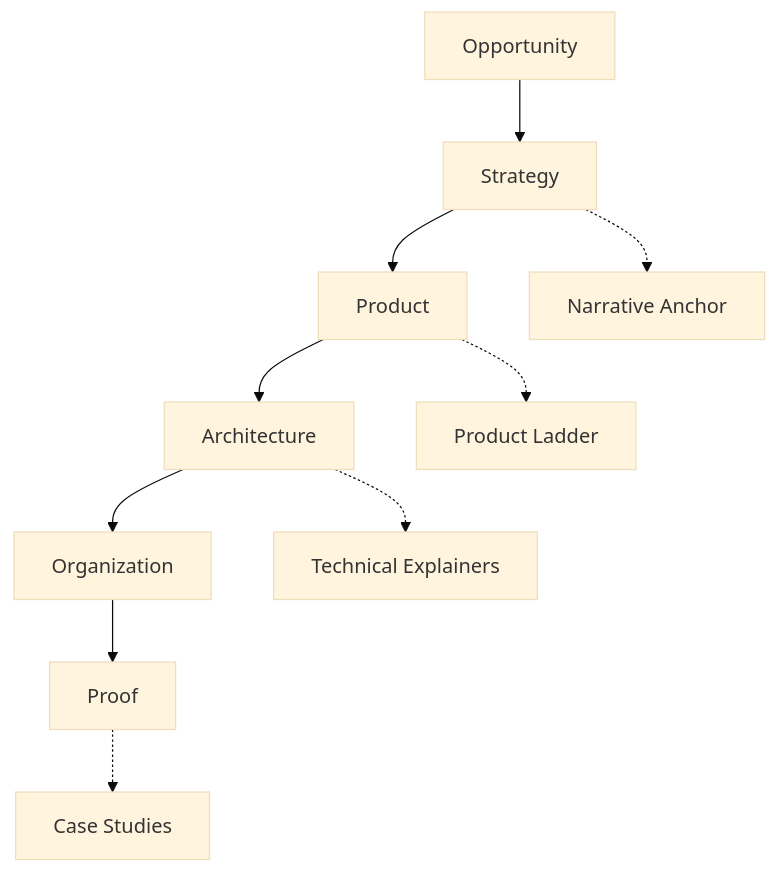
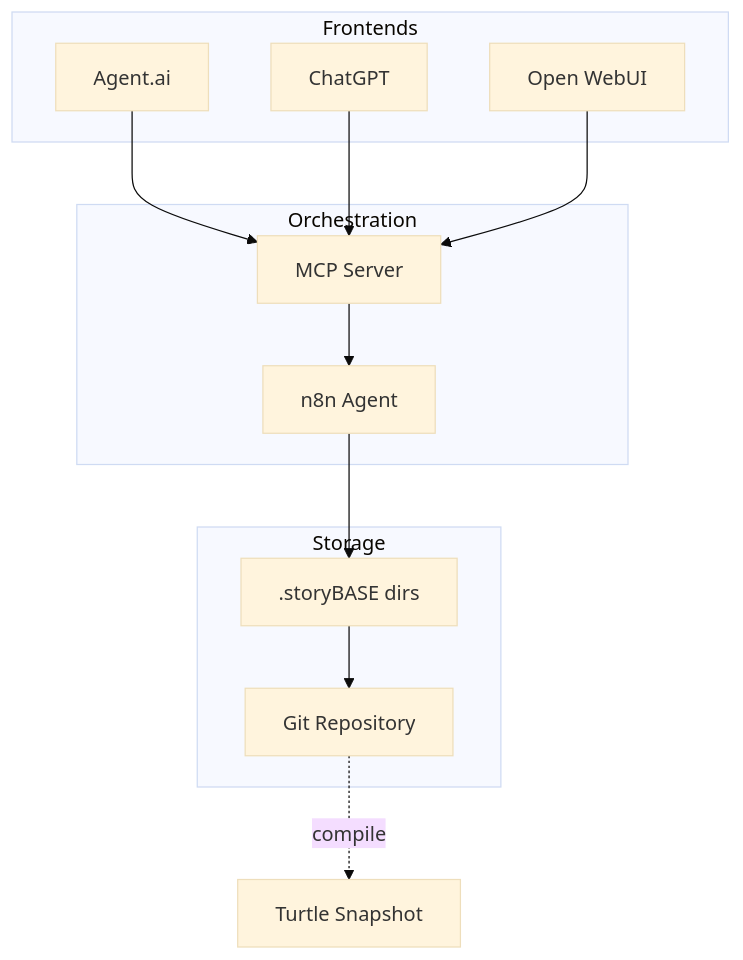
Before and after one commit to Synthetic-Identity-Co/conj-talk-2025: the sixth of 7 diagrams in presenter.md, drawn with Mermaid (base theme). The commit also changed other lines of this file, not shown here.

Commit message:
story:  9ca903a49c557ba3a693e09c9049fa1e0610f9ac

````diff
--- a/presenter.md
+++ b/presenter.md
@@ -346,13 +237,26 @@
 ```mermaid
 graph TB
-    O[Opportunity] --> S[Strategy]
-    S --> P[Product]
-    P --> A[Architecture]
-    A --> Org[Organization]
-    Org --> Pr[Proof]
+    subgraph Frontends
+        A[Agent.ai]
+        B[ChatGPT]
+        C[Open WebUI]
+    end
     
-    S -.-> NA[Narrative Anchor]
-    P -.-> PL[Product Ladder]
-    A -.-> TE[Technical Explainers]
-    Pr -.-> CS[Case Studies]
+    subgraph Orchestration
+        D[n8n Agent]
+        E[MCP Server]
+    end
+    
+    subgraph Storage
+        F[.storyBASE dirs]
+        G[Git Repository]
+    end
+    
+    A --> E
+    B --> E
+    C --> E
+    E --> D
+    D --> F
+    F --> G
+    G -.compile.-> H[Turtle Snapshot]
 ```
````
